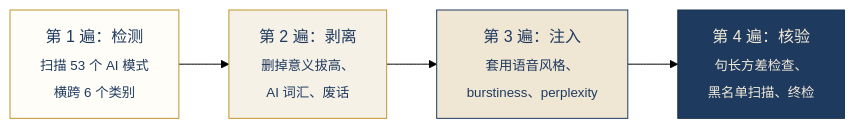
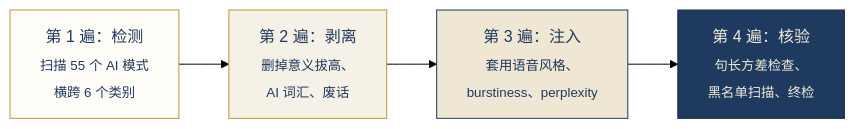
The diagram in README.zh-CN.md (Aboudjem/humanizer-skill), drawn with Mermaid (forest theme) before and after one commit. The commit also changed other lines of this file and 28 other files, not shown here.

````diff
--- a/README.zh-CN.md
+++ b/README.zh-CN.md
@@ -213,11 +213,11 @@
 ```mermaid
 graph LR
-    A["第 1 遍：检测<br/><sub>扫描 53 个 AI 模式<br/>横跨 6 个类别</sub>"] --> B["第 2 遍：剥离<br/><sub>删掉意义拔高、<br/>AI 词汇、废话</sub>"]
+    A["第 1 遍：检测<br/><sub>扫描 55 个 AI 模式<br/>横跨 6 个类别</sub>"] --> B["第 2 遍：剥离<br/><sub>删掉意义拔高、<br/>AI 词汇、废话</sub>"]
     B --> C["第 3 遍：注入<br/><sub>套用语音风格、<br/>burstiness、perplexity</sub>"]
     C --> D["第 4 遍：核验<br/><sub>句长方差检查、<br/>黑名单扫描、终检</sub>"]
 
     style A fill:#fffdf7,stroke:#c0952f,color:#1f3a5f
     style B fill:#f6f1e6,stroke:#c0952f,color:#1f3a5f
     style C fill:#efe6d3,stroke:#1f3a5f,color:#1f3a5f
     style D fill:#1f3a5f,stroke:#16304f,color:#f0e9d8
 ```
````
